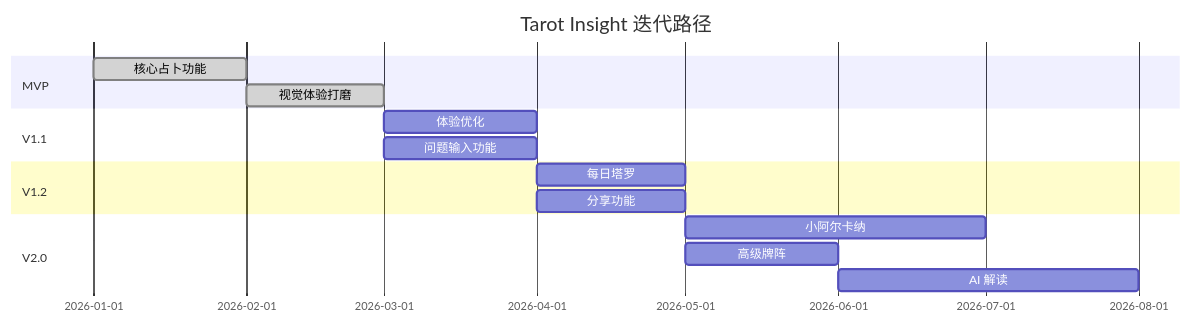
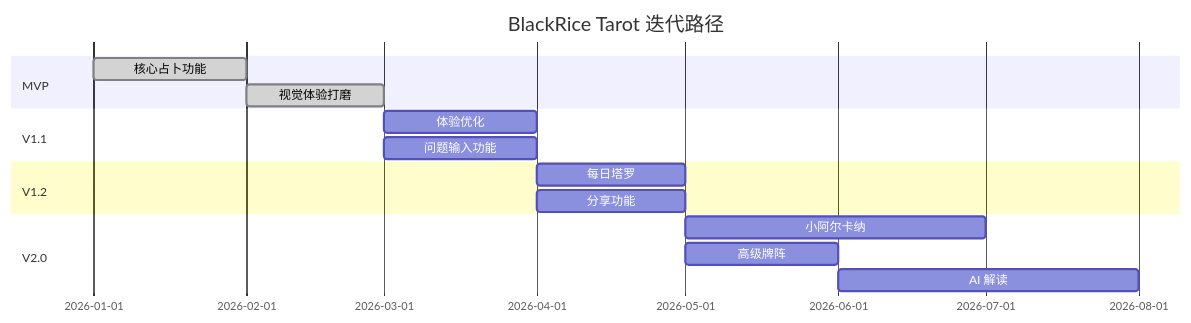
The first of 5 diagrams in docs/technical/ROADMAP.md (Yangiton/tarot), drawn with Mermaid before and after one commit. The commit also changed other lines of this file and 8 other files, not shown here.

First line of the commit message:
refactor: 更新文档标题和内容以反映产品名称变更为 BlackRice Tarot

````diff
--- a/docs/technical/ROADMAP.md
+++ b/docs/technical/ROADMAP.md
@@ -10,18 +10,18 @@
 ```mermaid
 gantt
-    title Tarot Insight 迭代路径
+    title BlackRice Tarot 迭代路径
     dateFormat  YYYY-MM
     section MVP
     核心占卜功能     :done, mvp1, 2026-01, 2026-02
     视觉体验打磨     :done, mvp2, 2026-02, 2026-03
     section V1.1
     体验优化         :v11, 2026-03, 2026-04
     问题输入功能     :v12, 2026-03, 2026-04
     section V1.2
     每日塔罗         :v13, 2026-04, 2026-05
     分享功能         :v14, 2026-04, 2026-05
     section V2.0
     小阿尔卡纳       :v21, 2026-05, 2026-07
     高级牌阵         :v22, 2026-05, 2026-06
     AI 解读          :v23, 2026-06, 2026-08
 ```
````
